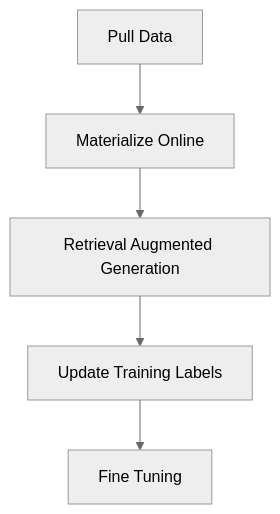
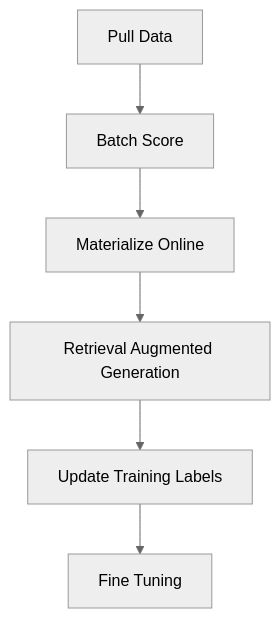
Before and after one commit to franciscojavierarceo/Python: the diagram in demos/feast-rag/README.md, drawn with Mermaid (neutral theme).

````diff
--- a/demos/feast-rag/README.md
+++ b/demos/feast-rag/README.md
@@ -25,7 +25,8 @@
 ```mermaid
 flowchart TD;
     A[Pull Data] --> B[Batch Score];
-    B[Materialize Online] --> C[Retrieval Augmented Generation];
-    C[Retrieval Augmented Generation] --> D[Update Training Labels];
-    D[Update Training Labels] --> E[Fine Tuning];
+    B[Batch Score] --> C[Materialize Online];
+    C[Materialize Online] --> D[Retrieval Augmented Generation];
+    D[Retrieval Augmented Generation] --> E[Update Training Labels];
+    E[Update Training Labels] --> F[Fine Tuning];
 ```
````
